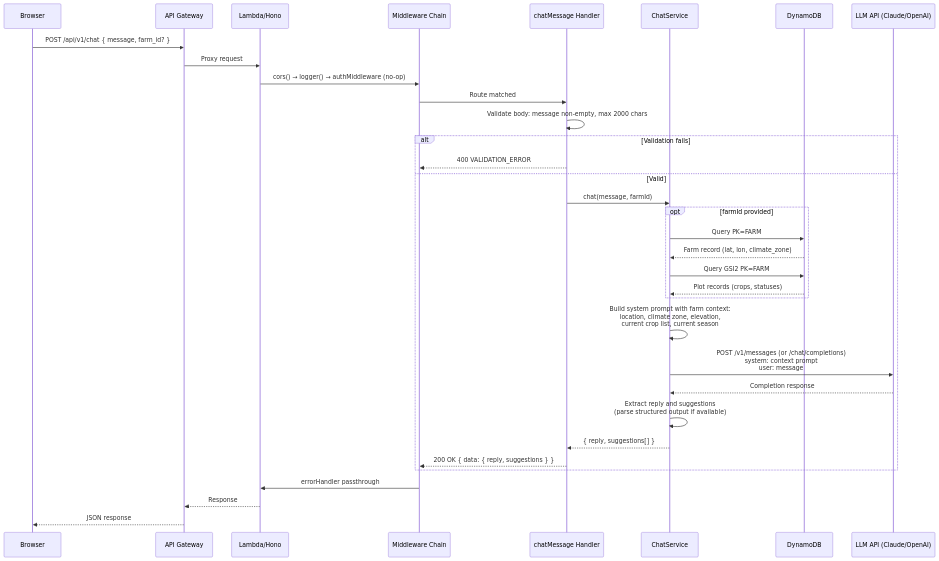
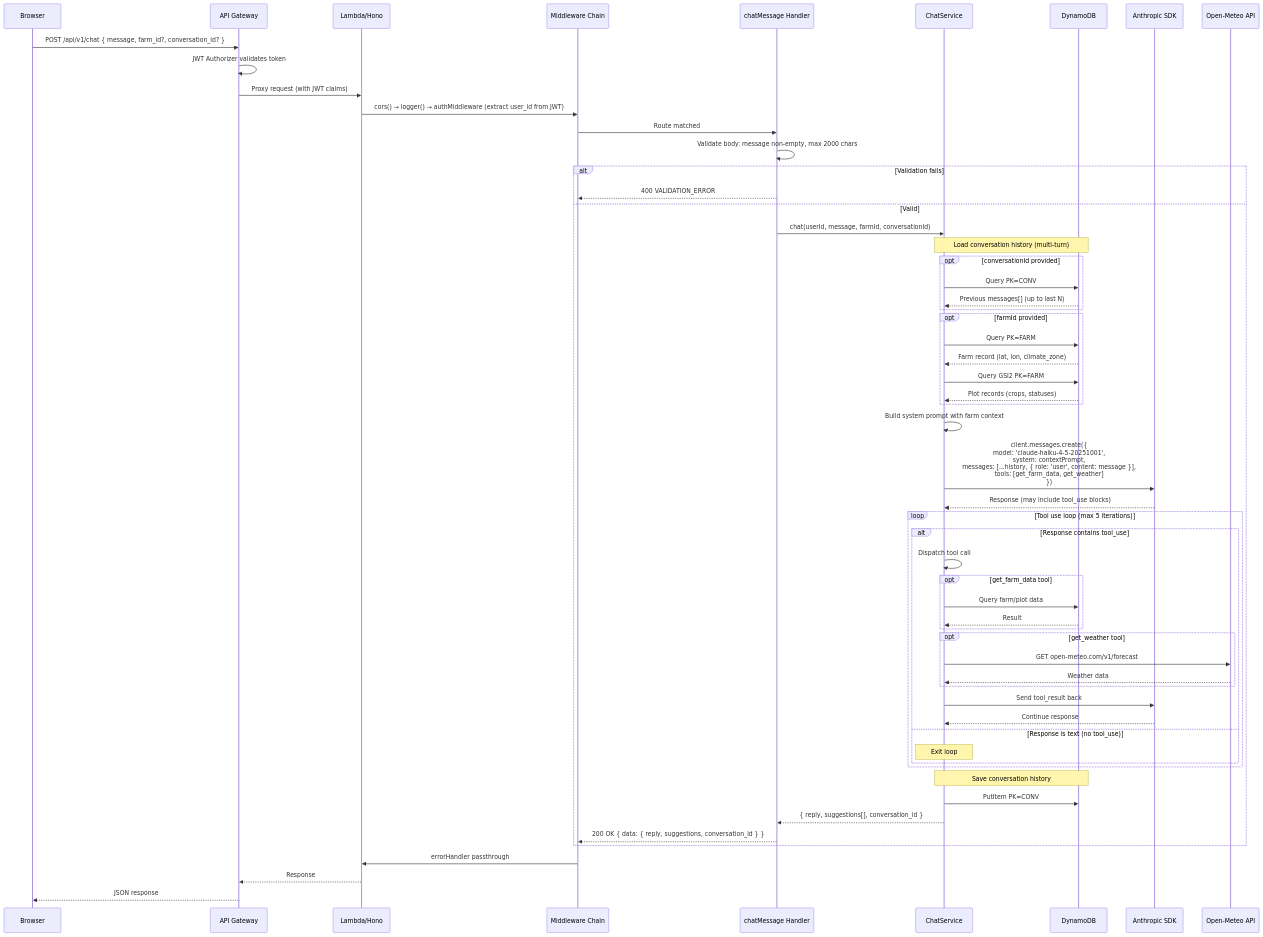
Diagram 15 of 19 in docs/SYSTEM-DESIGN.md (ashmuk/litcrop-public), drawn with Mermaid before and after one commit. The commit also changed other lines of this file and 8 other files, not shown here.

````diff
--- a/docs/SYSTEM-DESIGN.md
+++ b/docs/SYSTEM-DESIGN.md
@@ -457,46 +575,72 @@
 ```mermaid
 sequenceDiagram
     participant B as Browser
     participant AG as API Gateway
     participant L as Lambda/Hono
     participant MW as Middleware Chain
     participant RH as chatMessage Handler
     participant SVC as ChatService
     participant DB as DynamoDB
-    participant LLM as LLM API (Claude/OpenAI)
+    participant SDK as Anthropic SDK
+    participant OM as Open-Meteo API
 
-    B->>AG: POST /api/v1/chat { message, farm_id? }
-    AG->>L: Proxy request
-    L->>MW: cors() → logger() → authMiddleware (no-op)
+    B->>AG: POST /api/v1/chat { message, farm_id?, conversation_id? }
+    AG->>AG: JWT Authorizer validates token
+    AG->>L: Proxy request (with JWT claims)
+    L->>MW: cors() → logger() → authMiddleware (extract user_id from JWT)
     MW->>RH: Route matched
 
     RH->>RH: Validate body: message non-empty, max 2000 chars
 
     alt Validation fails
         RH-->>MW: 400 VALIDATION_ERROR
     else Valid
-        RH->>SVC: chat(message, farmId)
+        RH->>SVC: chat(userId, message, farmId, conversationId)
+
+        Note over SVC,DB: Load conversation history (multi-turn)
+        opt conversationId provided
+            SVC->>DB: Query PK=CONV#{conversationId} SK begins_with MSG#
+            DB-->>SVC: Previous messages[] (up to last N)
+        end
 
         opt farmId provided
-            SVC->>DB: Query PK=FARM#{farmId} SK=#META
+            SVC->>DB: Query PK=FARM#{farmId} SK=#META (verify user_id ownership)
             DB-->>SVC: Farm record (lat, lon, climate_zone)
-
             SVC->>DB: Query GSI2 PK=FARM#{farmId} (all plots)
             DB-->>SVC: Plot records (crops, statuses)
         end
 
-        SVC->>SVC: Build system prompt with farm context:<br/>location, climate zone, elevation,<br/>current crop list, current season
+        SVC->>SVC: Build system prompt with farm context
 
-        SVC->>LLM: POST /v1/messages (or /chat/completions)<br/>system: context prompt<br/>user: message
-        LLM-->>SVC: Completion response
+        SVC->>SDK: client.messages.create({<br/>  model: 'claude-haiku-4-5-20251001',<br/>  system: contextPrompt,<br/>  messages: [...history, { role: 'user', content: message }],<br/>  tools: [get_farm_data, get_weather]<br/>})
+        SDK-->>SVC: Response (may include tool_use blocks)
 
-        SVC->>SVC: Extract reply and suggestions<br/>(parse structured output if available)
+        loop Tool use loop (max 5 iterations)
+            alt Response contains tool_use
+                SVC->>SVC: Dispatch tool call
+                opt get_farm_data tool
+                    SVC->>DB: Query farm/plot data
+                    DB-->>SVC: Result
+                end
+                opt get_weather tool
+                    SVC->>OM: GET open-meteo.com/v1/forecast
+                    OM-->>SVC: Weather data
+                end
+                SVC->>SDK: Send tool_result back
+                SDK-->>SVC: Continue response
+            else Response is text (no tool_use)
+                Note over SVC: Exit loop
+            end
+        end
 
-        SVC-->>RH: { reply, suggestions[] }
-        RH-->>MW: 200 OK { data: { reply, suggestions } }
+        Note over SVC,DB: Save conversation history
+        SVC->>DB: PutItem PK=CONV#{convId} SK=MSG#{ts}#user<br/>(+ assistant response, TTL: 24h)
+
+        SVC-->>RH: { reply, suggestions[], conversation_id }
+        RH-->>MW: 200 OK { data: { reply, suggestions, conversation_id } }
     end
 
     MW->>L: errorHandler passthrough
     L-->>AG: Response
     AG-->>B: JSON response
 ```
````
